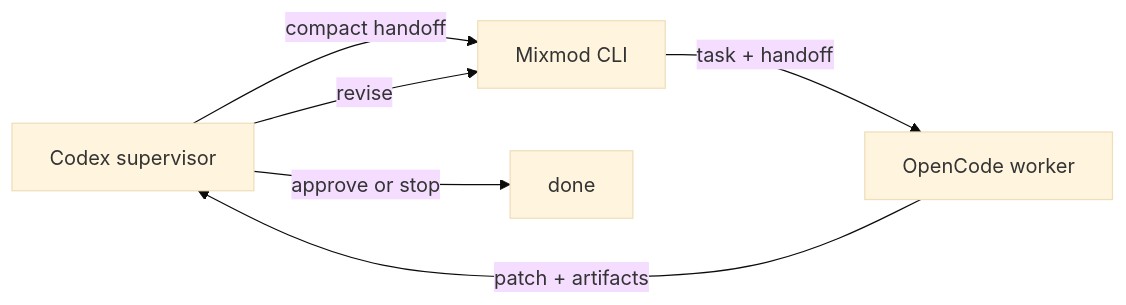
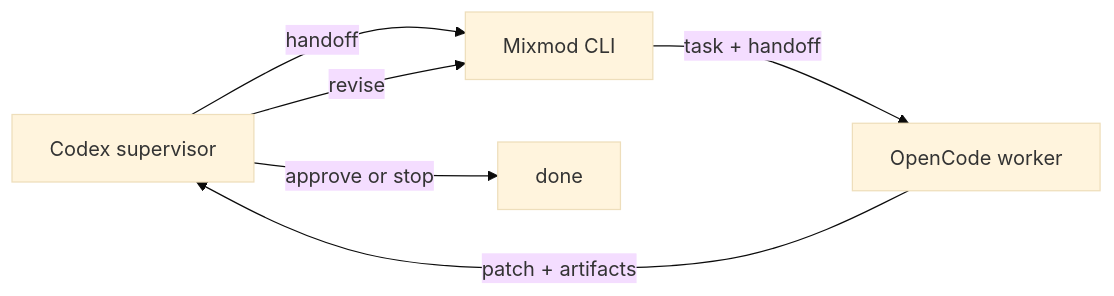
The diagram in README.md (rndhouse/mixmod), drawn with Mermaid (base theme) before and after one commit.

Commit message:
Shorten README handoff label
Use a simpler handoff label in the workflow diagram.

````diff
--- a/README.md
+++ b/README.md
@@ -13,8 +13,8 @@
 ```mermaid
 flowchart LR
-    Codex[Codex supervisor] -->|compact handoff| Mixmod[Mixmod CLI]
+    Codex[Codex supervisor] -->|handoff| Mixmod[Mixmod CLI]
     Mixmod -->|task + handoff| OpenCode[OpenCode worker]
     OpenCode -->|patch + artifacts| Codex
     Codex -->|revise| Mixmod
     Codex -->|approve or stop| Done[done]
 ```
````
